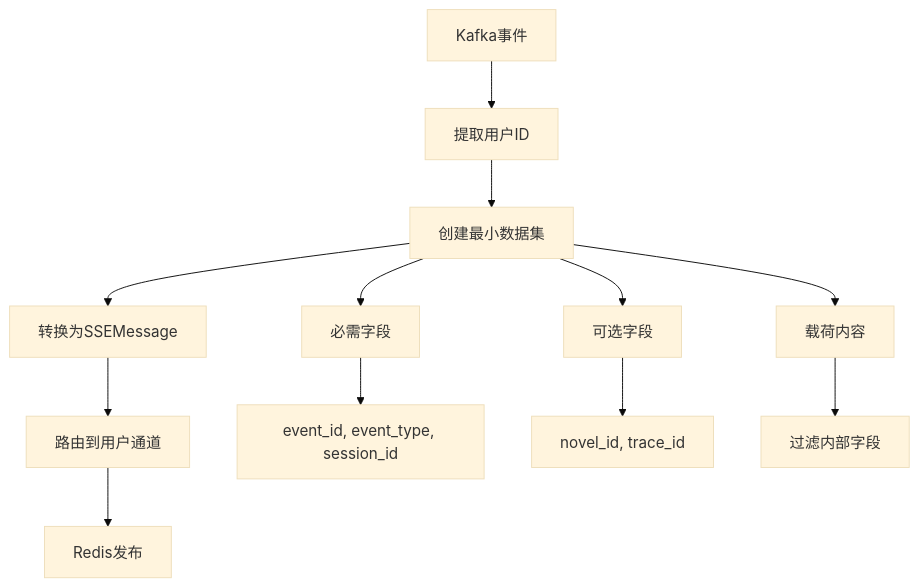
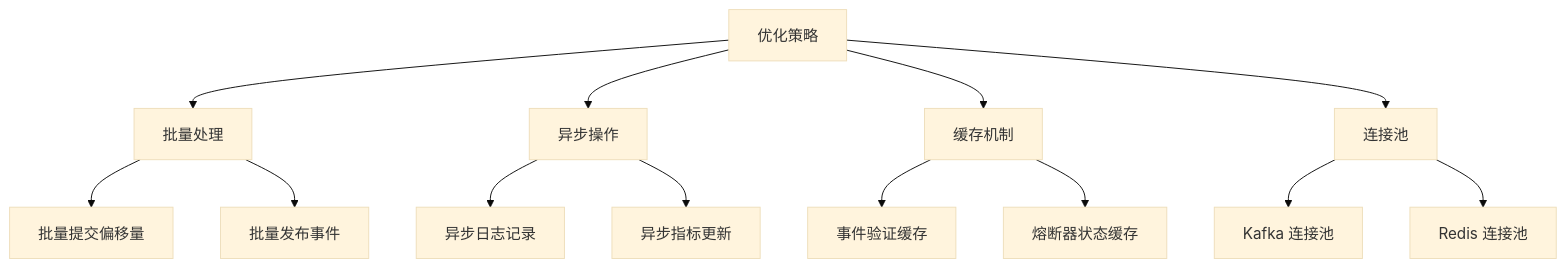
Before and after one commit to zhiyue/infinite-scribe: diagram 11 of 11 in apps/backend/src/services/eventbridge/README.md, drawn with Mermaid (base theme). The commit also changed other lines of this file and 1 other file, not shown here.

````diff
--- a/apps/backend/src/services/eventbridge/README.md
+++ b/apps/backend/src/services/eventbridge/README.md
@@ -183,16 +368,19 @@
 ```mermaid
 graph TD
-    A[Kafka事件] --> B[提取用户ID]
-    B --> C[创建最小数据集]
-    C --> D[转换为SSEMessage]
-    D --> E[路由到用户通道]
-    E --> F[Redis发布]
+    A[优化策略] --> B[批量处理]
+    A --> C[异步操作]
+    A --> D[缓存机制]
+    A --> E[连接池]
     
-    C --> G[必需字段]
-    C --> H[可选字段]
-    C --> I[载荷内容]
+    B --> B1[批量提交偏移量]
+    B --> B2[批量发布事件]
     
-    G --> J[event_id, event_type, session_id]
-    H --> K[novel_id, trace_id]
-    I --> L[过滤内部字段]
+    C --> C1[异步日志记录]
+    C --> C2[异步指标更新]
+    
+    D --> D1[事件验证缓存]
+    D --> D2[熔断器状态缓存]
+    
+    E --> E1[Kafka 连接池]
+    E --> E2[Redis 连接池]
 ```
````
